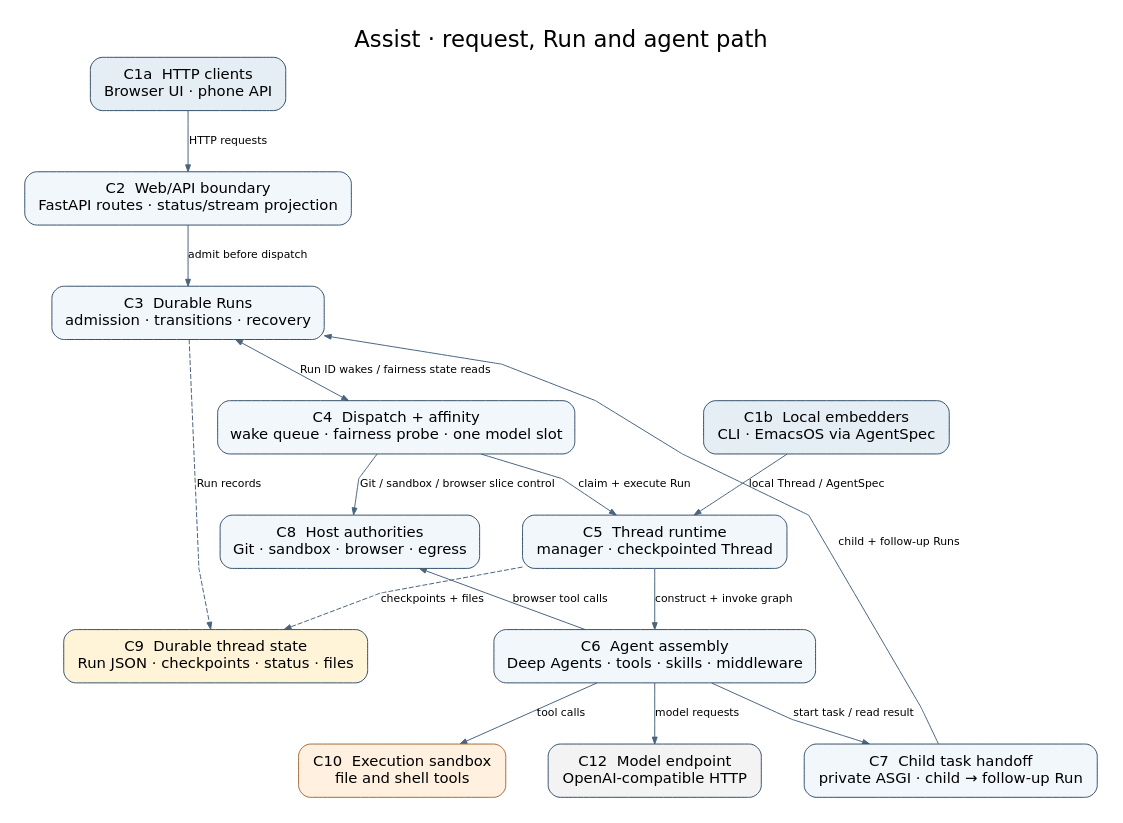
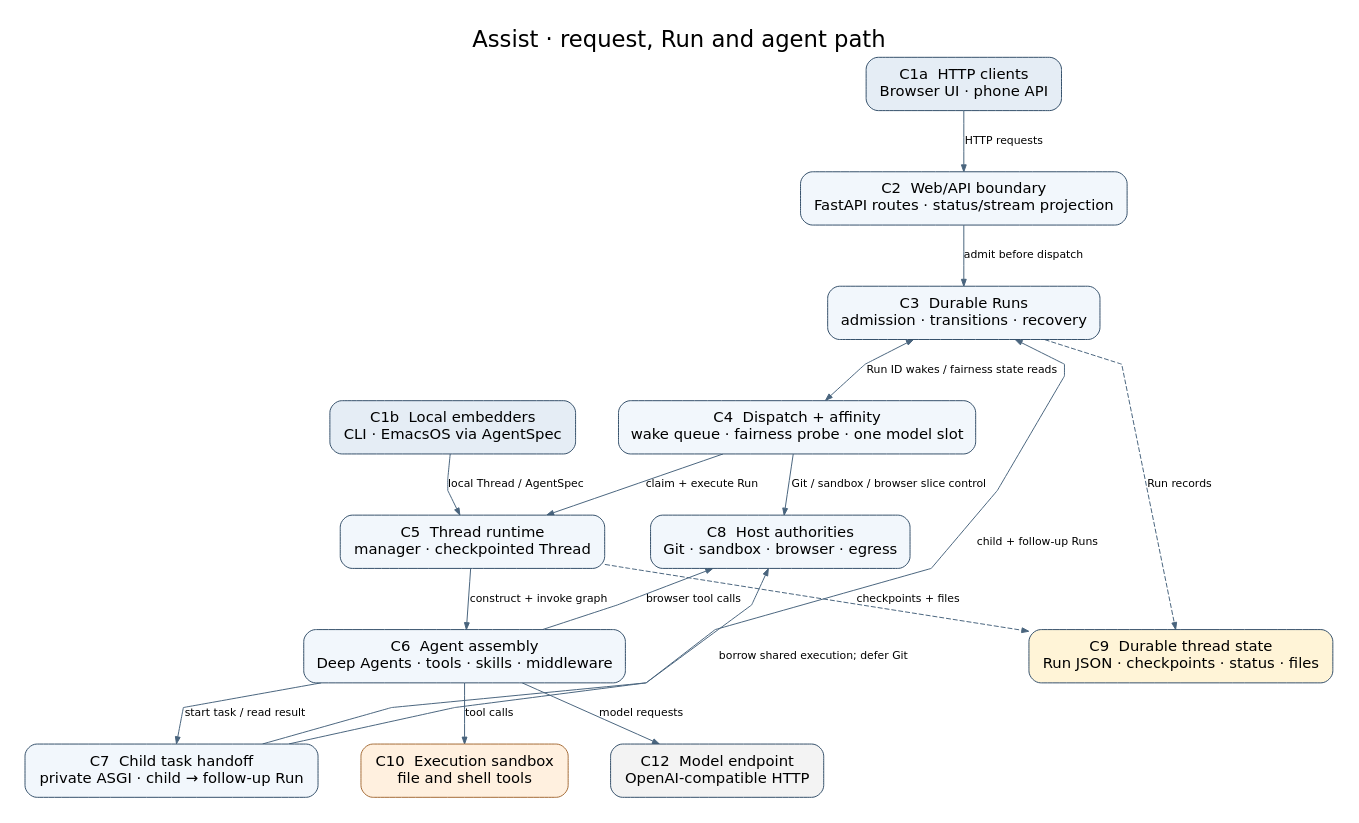
The diagram in docs/architecture.dot (pierrel/assist), drawn with Graphviz before and after one commit. The commit also changed 28 other files, not shown here.

```diff
--- a/docs/architecture.dot
+++ b/docs/architecture.dot
@@ -1,44 +1,45 @@
 digraph Assist {
   graph [label="Assist · request, Run and agent path", labelloc=t,
          fontname="DejaVu Sans", fontsize=23, bgcolor="white",
          rankdir=TB, pad=0.25, nodesep=0.6, ranksep=0.68,
          splines=polyline, outputorder=edgesfirst];
   node [shape=box, style="rounded,filled", color="#34506a",
         fillcolor="#f2f7fc", fontname="DejaVu Sans", fontsize=15,
         margin="0.19,0.14"];
   edge [fontname="DejaVu Sans", fontsize=11, color="#49647d",
         arrowsize=0.7];
 
   C1a [label="C1a  HTTP clients\nBrowser UI · phone API",
        fillcolor="#e5edf5"];
   C1b [label="C1b  Local embedders\nCLI · EmacsOS via AgentSpec",
        fillcolor="#e5edf5"];
   C2 [label="C2  Web/API boundary\nFastAPI routes · status/stream projection"];
   C3 [label="C3  Durable Runs\nadmission · transitions · recovery"];
   C4 [label="C4  Dispatch + affinity\nwake queue · fairness probe · one model slot"];
   C5 [label="C5  Thread runtime\nmanager · checkpointed Thread"];
   C6 [label="C6  Agent assembly\nDeep Agents · tools · skills · middleware"];
   C7 [label="C7  Child task handoff\nprivate ASGI · child → follow-up Run"];
   C8 [label="C8  Host authorities\nGit · sandbox · browser · egress"];
   C9 [label="C9  Durable thread state\nRun JSON · checkpoints · status · files",
       fillcolor="#fff4d7"];
   C10 [label="C10  Execution sandbox\nfile and shell tools", fillcolor="#fff0df",
        color="#a46b36"];
   C12 [label="C12  Model endpoint\nOpenAI-compatible HTTP",
        fillcolor="#f3f3f3"];
 
   C1a -> C2 [label="HTTP requests"];
   C2 -> C3 [label="admit before dispatch"];
   C3 -> C4 [label="Run ID wakes / fairness state reads", dir=both];
   C4 -> C5 [label="claim + execute Run"];
   C1b -> C5 [label="local Thread / AgentSpec"];
   C5 -> C6 [label="construct + invoke graph"];
   C6 -> C7 [label="start task / read result"];
   C7 -> C3 [label="child + follow-up Runs", constraint=false];
+  C7 -> C8 [label="borrow shared execution; defer Git", constraint=false];
   C4 -> C8 [label="Git / sandbox / browser slice control"];
   C6 -> C8 [label="browser tool calls", constraint=false];
   C3 -> C9 [label="Run records", style=dashed];
   C5 -> C9 [label="checkpoints + files", style=dashed];
   C6 -> C10 [label="tool calls"];
   C6 -> C12 [label="model requests"];
 }
```
